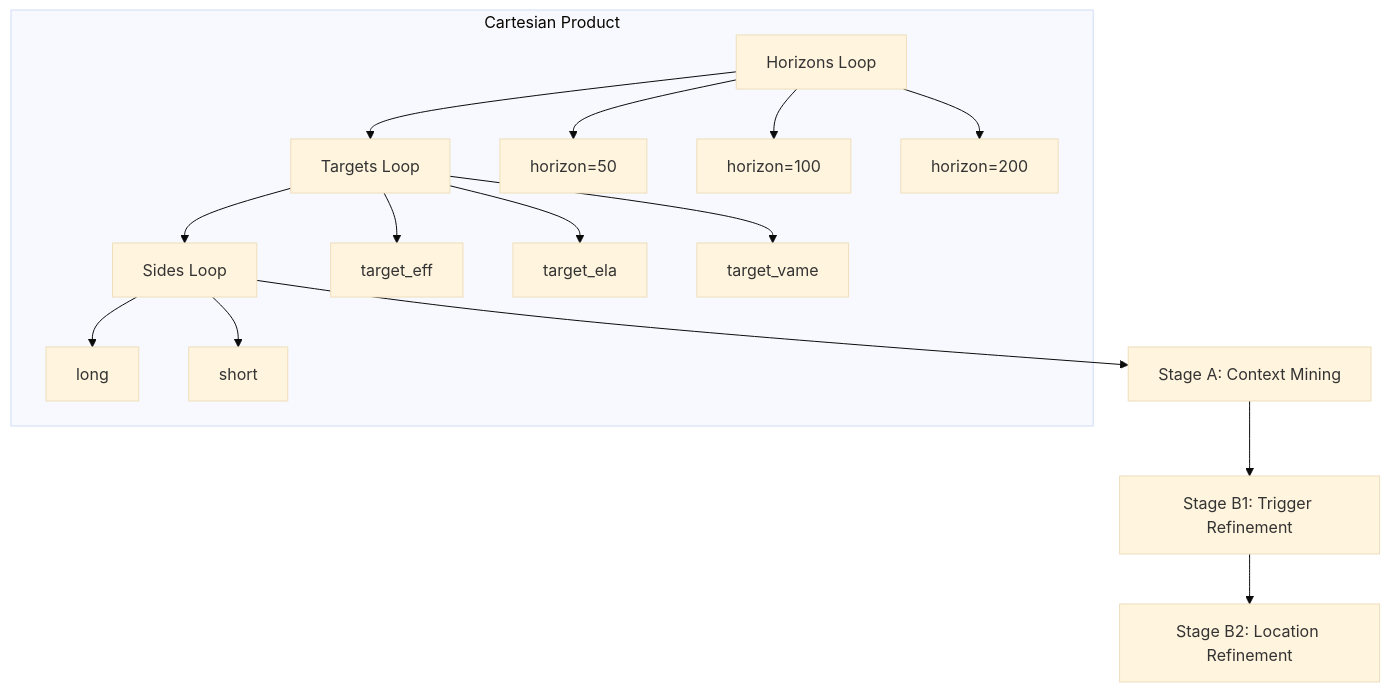
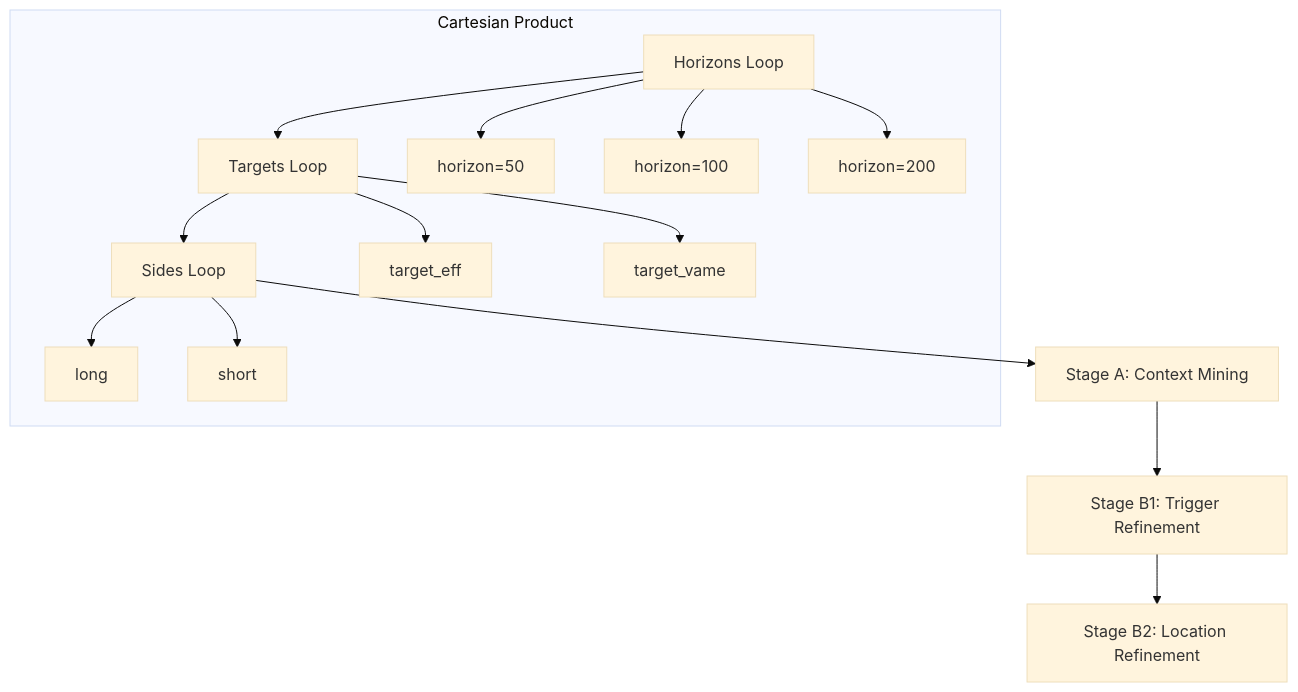
One commit to remyroche/Ares changed the second of 2 diagrams in extreme_price_movements/TRIAD_TARGET_ARCHITECTURE.md. Above: the diagram before and after it, drawn with Mermaid (base theme). The commit also changed other lines of this file and 4 other files, not shown here.

````diff
--- a/extreme_price_movements/TRIAD_TARGET_ARCHITECTURE.md
+++ b/extreme_price_movements/TRIAD_TARGET_ARCHITECTURE.md
@@ -163,19 +161,18 @@
 ```mermaid
 flowchart TD
     H[Horizons Loop] --> T[Targets Loop]
     T --> S[Sides Loop]
     S --> A[Stage A: Context Mining]
     A --> B1[Stage B1: Trigger Refinement]
     B1 --> B2[Stage B2: Location Refinement]
     
     subgraph Cartesian Product
         H --> H1[horizon=50]
         H --> H2[horizon=100]
         H --> H3[horizon=200]
         T --> T1[target_eff]
-        T --> T2[target_ela]
-        T --> T3[target_vame]
+        T --> T2[target_vame]
         S --> S1[long]
         S --> S2[short]
     end
 ```
````
